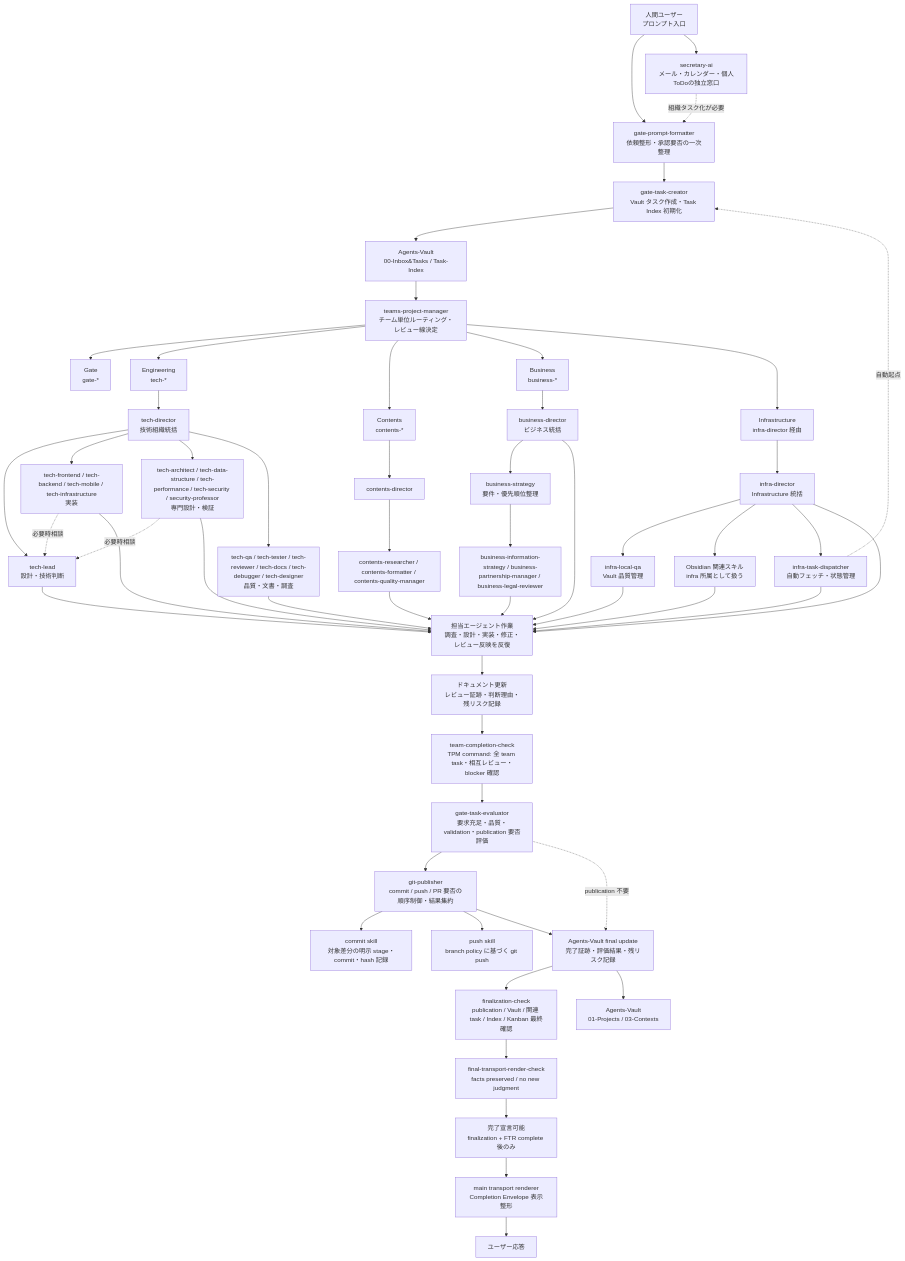
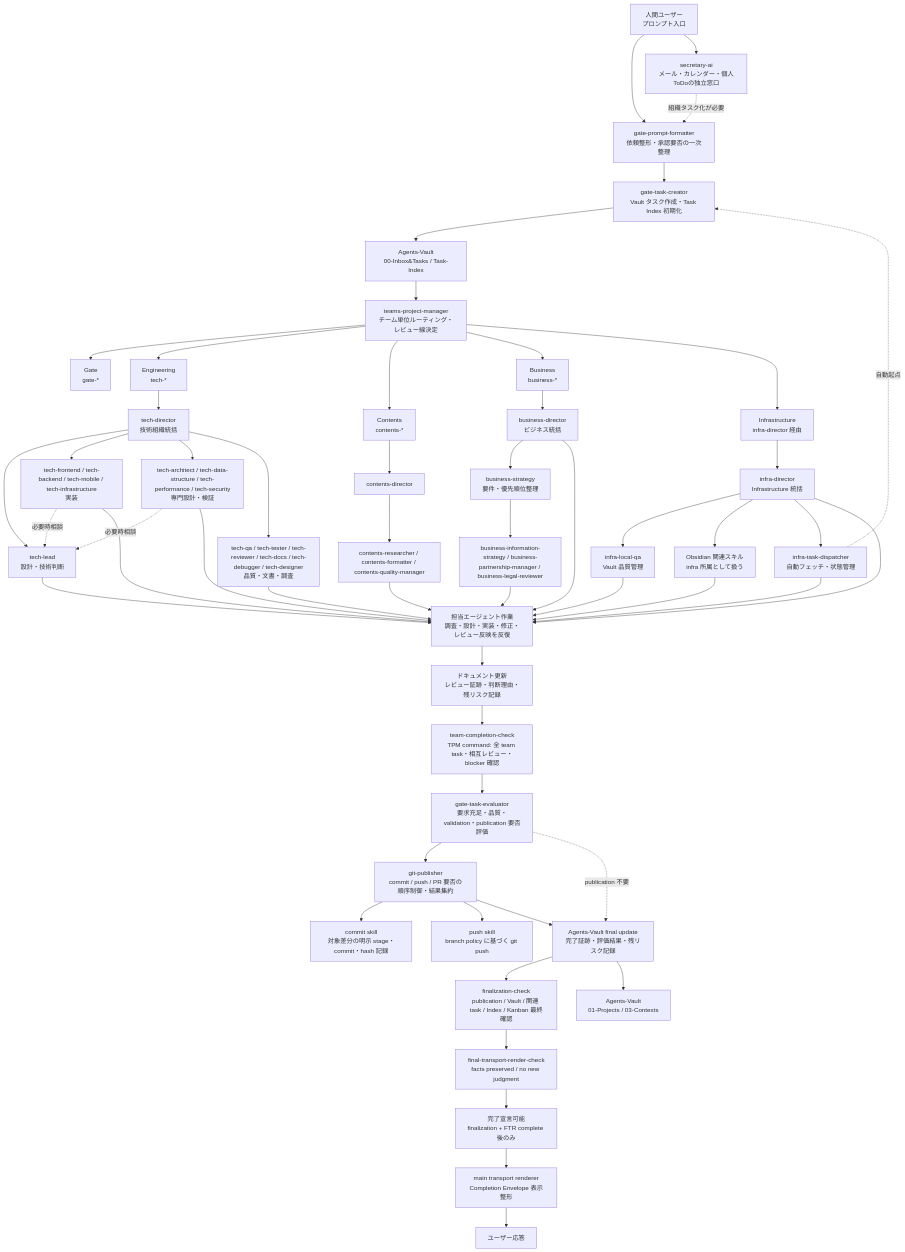
The diagram in organization/policies/AI-Organization.md (Saber5656/Saihai), drawn with Mermaid before and after one commit. The commit also changed 16 other files, not shown here.

````diff
--- a/organization/policies/AI-Organization.md
+++ b/organization/policies/AI-Organization.md
@@ -255,61 +255,61 @@
 ```mermaid
 flowchart TD
     U["人間ユーザー<br/>プロンプト入口"] --> GPF["gate-prompt-formatter<br/>依頼整形・承認要否の一次整理"]
     U --> SEC["secretary-ai<br/>メール・カレンダー・個人ToDoの独立窓口"]
     SEC -.組織タスク化が必要.-> GPF
     GPF --> GTC["gate-task-creator<br/>Vault タスク作成・Task Index 初期化"]
     INFDISP["infra-task-dispatcher<br/>自動フェッチ・状態管理"] -.自動起点.-> GTC
     GTC --> IDX["Agents-Vault<br/>00-Inbox&Tasks / Task-Index"]
     IDX --> PMGR["teams-project-manager<br/>チーム単位ルーティング・レビュー線決定"]
 
     PMGR --> GATE["Gate<br/>gate-*"]
     PMGR --> ENG["Engineering<br/>tech-*"]
     PMGR --> CON["Contents<br/>contents-*"]
     PMGR --> BUS["Business<br/>business-*"]
     PMGR --> INF["Infrastructure<br/>infra-director 経由"]
 
     ENG --> TECHDIR["tech-director<br/>技術組織統括"]
     TECHDIR --> TECHLEAD["tech-lead<br/>設計・技術判断"]
     TECHDIR --> TECHIMPL["tech-frontend / tech-backend / tech-mobile / tech-infrastructure<br/>実装"]
-    TECHDIR --> TECHSPEC["tech-architect / tech-data-structure / tech-performance / tech-security / security-professor<br/>専門設計・検証"]
+    TECHDIR --> TECHSPEC["tech-architect / tech-data-structure / tech-performance / tech-security<br/>専門設計・検証"]
     TECHDIR --> TECHQA["tech-qa / tech-tester / tech-reviewer / tech-docs / tech-debugger / tech-designer<br/>品質・文書・調査"]
     TECHIMPL -.必要時相談.-> TECHLEAD
     TECHSPEC -.必要時相談.-> TECHLEAD
 
     CON --> CONDIR["contents-director"]
     CONDIR --> CONWORK["contents-researcher / contents-formatter / contents-quality-manager"]
 
     BUS --> BUSDIR["business-director<br/>ビジネス統括"]
     BUSDIR --> BUSSTR["business-strategy<br/>要件・優先順位整理"]
     BUSSTR --> BUSWORK["business-information-strategy / business-partnership-manager / business-legal-reviewer"]
 
     INF --> INFDIR["infra-director<br/>Infrastructure 統括"]
     INFDIR --> INFQA["infra-local-qa<br/>Vault 品質管理"]
     INFDIR --> OBS["Obsidian 関連スキル<br/>infra 所属として扱う"]
     INFDIR --> INFDISP["infra-task-dispatcher<br/>自動フェッチ・状態管理"]
 
     TECHIMPL --> G1["担当エージェント作業<br/>調査・設計・実装・修正・レビュー反映を反復"]
     TECHSPEC --> G1
     CONWORK --> G1
     BUSWORK --> G1
     BUSDIR --> G1
     INFDIR --> G1
     INFDISP --> G1
     INFQA --> G1
     OBS --> G1
     TECHLEAD --> G1
     TECHQA --> G1
     G1 --> G4["ドキュメント更新<br/>レビュー証跡・判断理由・残リスク記録"]
     G4 --> ASR["team-completion-check<br/>TPM command: 全 team task・相互レビュー・blocker 確認"]
     ASR --> EVAL["gate-task-evaluator<br/>要求充足・品質・validation・publication 要否評価"]
     EVAL --> PUB["git-publisher<br/>commit / push / PR 要否の順序制御・結果集約"]
     EVAL -.publication 不要.-> VFINAL["Agents-Vault final update<br/>完了証跡・評価結果・残リスク記録"]
     PUB --> CMT["commit skill<br/>対象差分の明示 stage・commit・hash 記録"]
     PUB --> PUSH["push skill<br/>branch policy に基づく git push"]
     PUB --> VFINAL
     VFINAL --> GUARD["finalization-check<br/>publication / Vault / 関連 task / Index / Kanban 最終確認"]
     GUARD --> FTR["final-transport-render-check<br/>facts preserved / no new judgment"]
     FTR --> DONE["完了宣言可能<br/>finalization + FTR complete 後のみ"]
     DONE --> RENDER["main transport renderer<br/>Completion Envelope 表示整形"] --> RESP["ユーザー応答"]
     VFINAL --> VAULT["Agents-Vault<br/>01-Projects / 03-Contexts"]
 ```
````
